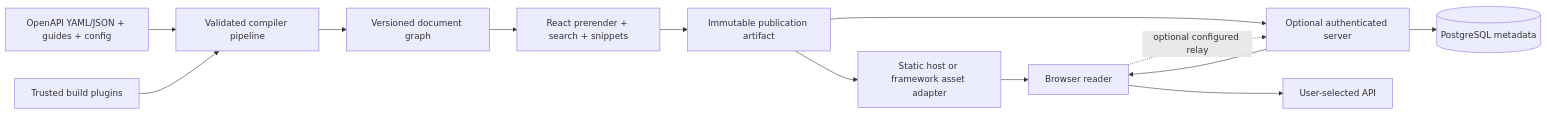
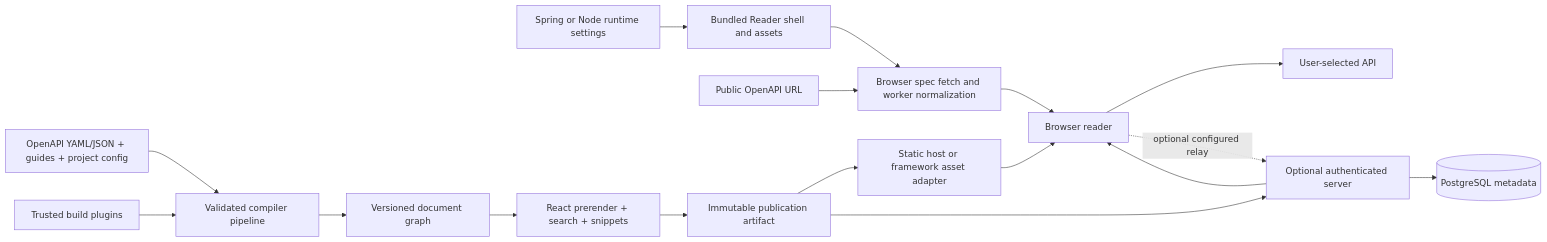
One commit to DavidNiessen/doctopus changed the diagram in docs/planning/02-architecture.md. Above: the diagram before and after it, drawn with Mermaid. The commit also changed other lines of this file and 28 other files, not shown here.

Commit message:
docs(integrations): document direct setup across guides and demo handbook

````diff
--- a/docs/planning/02-architecture.md
+++ b/docs/planning/02-architecture.md
@@ -32,15 +32,19 @@
 ```mermaid
 flowchart LR
-  Source[OpenAPI YAML/JSON + guides + config] --> Compiler[Validated compiler pipeline]
+  Framework[Spring or Node runtime settings] --> Bundled[Bundled Reader shell and assets]
+  Bundled --> DirectBrowser[Browser spec fetch and worker normalization]
+  SpecURL[Public OpenAPI URL] --> DirectBrowser
+  DirectBrowser --> Reader[Browser reader]
+  Source[OpenAPI YAML/JSON + guides + project config] --> Compiler[Validated compiler pipeline]
   BuildPlugins[Trusted build plugins] --> Compiler
   Compiler --> IR[Versioned document graph]
   IR --> Renderer[React prerender + search + snippets]
   Renderer --> Artifact[Immutable publication artifact]
   Artifact --> Static[Static host or framework asset adapter]
   Artifact --> Server[Optional authenticated server]
   Server --> Reader[Browser reader]
   Static --> Reader
   Server --> DB[(PostgreSQL metadata)]
   Reader --> Target[User-selected API]
   Reader -. optional configured relay .-> Server
 ```
````
